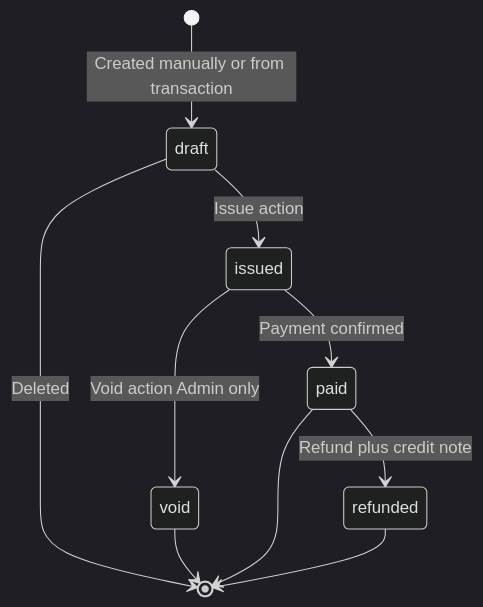
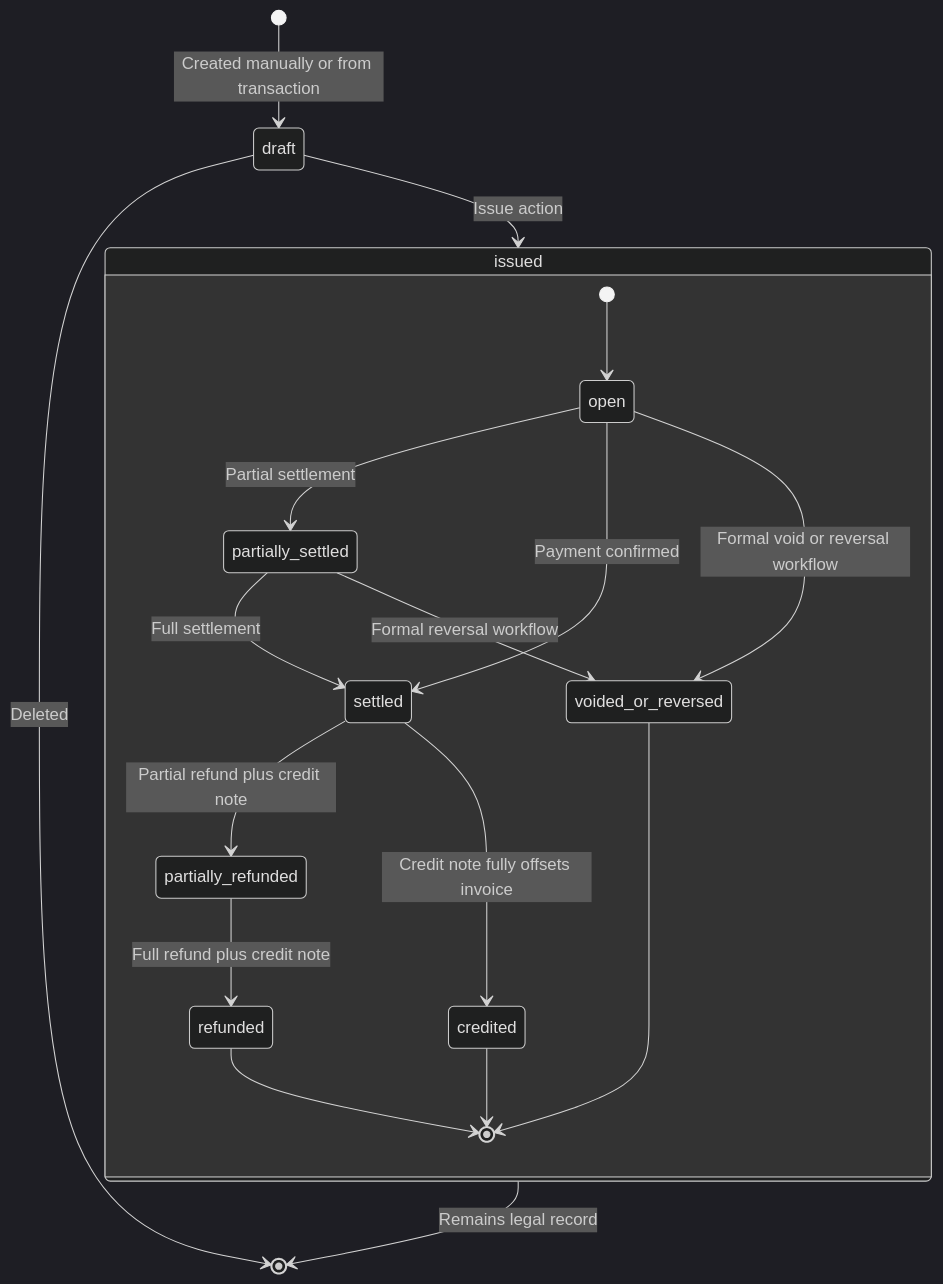
One commit to Root-Sector-Ltd-and-Co-KG/payment-gateway-docs changed the seventh of 7 diagrams in content/docs/architecture/diagrams.mdx. Above: the diagram before and after it, drawn with Mermaid (dark theme). The commit also changed 6 other files, not shown here.

````diff
--- a/content/docs/architecture/diagrams.mdx
+++ b/content/docs/architecture/diagrams.mdx
@@ -207,12 +207,22 @@
 ```mermaid
 stateDiagram-v2
     [*] --> draft : Created manually or from transaction
     draft --> issued : Issue action
     draft --> [*] : Deleted
-    issued --> paid : Payment confirmed
-    issued --> void : Void action Admin only
-    paid --> refunded : Refund plus credit note
-    void --> [*]
-    paid --> [*]
-    refunded --> [*]
+    issued --> [*] : Remains legal record
+
+    state issued {
+        [*] --> open
+        open --> partially_settled : Partial settlement
+        partially_settled --> settled : Full settlement
+        open --> settled : Payment confirmed
+        settled --> partially_refunded : Partial refund plus credit note
+        partially_refunded --> refunded : Full refund plus credit note
+        settled --> credited : Credit note fully offsets invoice
+        open --> voided_or_reversed : Formal void or reversal workflow
+        partially_settled --> voided_or_reversed : Formal reversal workflow
+        refunded --> [*]
+        credited --> [*]
+        voided_or_reversed --> [*]
+    }
 ```
````
